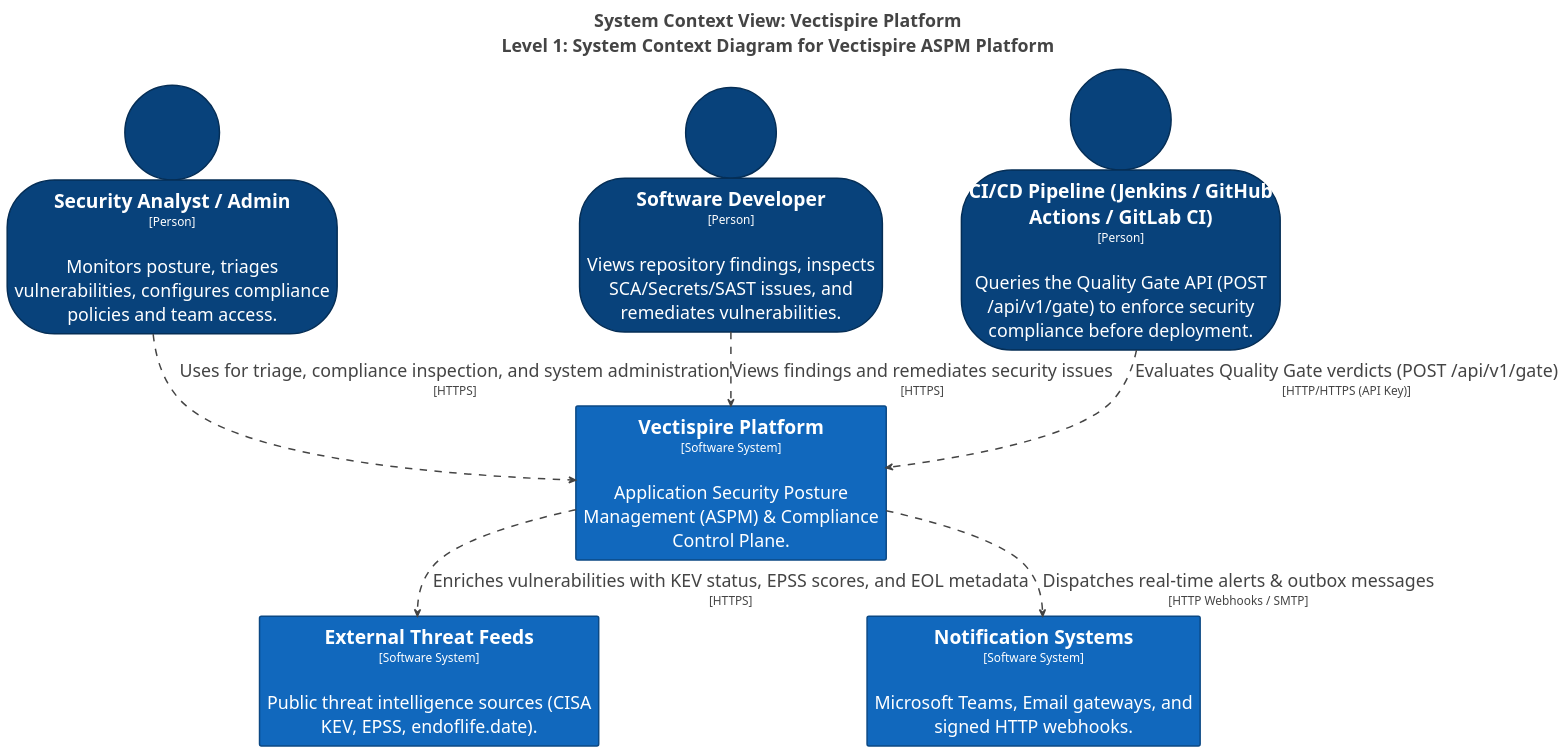
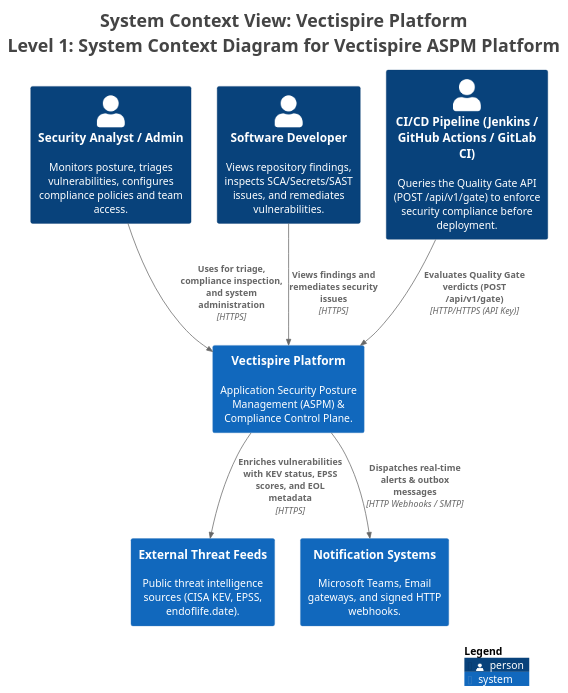
One commit to asmolabs/vectispire changed the diagram in docs/architecture/c4/diagrams/structurizr-SystemContext.puml. Above: the diagram before and after it, drawn with PlantUML. The commit also changed 11 other files, not shown here.

```diff
--- a/docs/architecture/c4/diagrams/structurizr-SystemContext.puml
+++ b/docs/architecture/c4/diagrams/structurizr-SystemContext.puml
@@ -1,63 +1,32 @@
 @startuml
 title <size:24>System Context View: Vectispire Platform</size>\n<size:24>Level 1: System Context Diagram for Vectispire ASPM Platform</size>
 
 set separator none
 top to bottom direction
-skinparam ranksep 20
-skinparam nodesep 5
-hide stereotype
 
 <style>
   root {
-    BackgroundColor: #ffffff;
-    FontColor: #444444;
-  }
-  // Element,Person
-  .Element-RWxlbWVudCxQZXJzb24= {
-    BackgroundColor: #08427b;
-    LineColor: #052e56;
-    LineStyle: 0;
-    LineThickness: 2;
-    FontColor: #ffffff;
-    FontSize: 24;
-    HorizontalAlignment: center;
-    Shadowing: 0;
-    MaximumWidth: 450;
-  }
-  // Element,Software System
-  .Element-RWxlbWVudCxTb2Z0d2FyZSBTeXN0ZW0= {
-    BackgroundColor: #1168bd;
-    LineColor: #0b4884;
-    LineStyle: 0;
-    LineThickness: 2;
-    FontColor: #ffffff;
-    FontSize: 24;
-    HorizontalAlignment: center;
-    Shadowing: 0;
-    MaximumWidth: 450;
-  }
-  // Relationship
-  .Relationship-UmVsYXRpb25zaGlw {
-    LineThickness: 2;
-    LineStyle: 10-10;
-    LineColor: #444444;
-    FontColor: #444444;
-    FontSize: 24;
-    MaximumWidth: 200;
+    BackgroundColor: #ffffff
+    FontColor: #444444
   }
 </style>
 
-person "==Security Analyst / Admin\n<size:16>[Person]</size>\n\nMonitors posture, triages vulnerabilities, configures compliance policies and team access." <<Element-RWxlbWVudCxQZXJzb24=>> as SecurityAnalystAdmin
-rectangle "==External Threat Feeds\n<size:16>[Software System]</size>\n\nPublic threat intelligence sources (CISA KEV, EPSS, endoflife.date)." <<Element-RWxlbWVudCxTb2Z0d2FyZSBTeXN0ZW0=>> as ExternalThreatFeeds
-rectangle "==Notification Systems\n<size:16>[Software System]</size>\n\nMicrosoft Teams, Email gateways, and signed HTTP webhooks." <<Element-RWxlbWVudCxTb2Z0d2FyZSBTeXN0ZW0=>> as NotificationSystems
-person "==Software Developer\n<size:16>[Person]</size>\n\nViews repository findings, inspects SCA/Secrets/SAST issues, and remediates vulnerabilities." <<Element-RWxlbWVudCxQZXJzb24=>> as SoftwareDeveloper
-person "==CI/CD Pipeline (Jenkins / GitHub Actions / GitLab CI)\n<size:16>[Person]</size>\n\nQueries the Quality Gate API (POST /api/v1/gate) to enforce security compliance before deployment." <<Element-RWxlbWVudCxQZXJzb24=>> as CICDPipelineJenkinsGitHubActionsGitLabCI
-rectangle "==Vectispire Platform\n<size:16>[Software System]</size>\n\nApplication Security Posture Management (ASPM) & Compliance Control Plane." <<Element-RWxlbWVudCxTb2Z0d2FyZSBTeXN0ZW0=>> as VectispirePlatform
+!include <C4/C4>
+!include <C4/C4_Context>
 
-SecurityAnalystAdmin --> VectispirePlatform <<Relationship-UmVsYXRpb25zaGlw>> : "Uses for triage, compliance inspection, and system administration\n<size:16>[HTTPS]</size>"
-SoftwareDeveloper --> VectispirePlatform <<Relationship-UmVsYXRpb25zaGlw>> : "Views findings and remediates security issues\n<size:16>[HTTPS]</size>"
-CICDPipelineJenkinsGitHubActionsGitLabCI --> VectispirePlatform <<Relationship-UmVsYXRpb25zaGlw>> : "Evaluates Quality Gate verdicts (POST /api/v1/gate)\n<size:16>[HTTP/HTTPS (API Key)]</size>"
-VectispirePlatform --> ExternalThreatFeeds <<Relationship-UmVsYXRpb25zaGlw>> : "Enriches vulnerabilities with KEV status, EPSS scores, and EOL metadata\n<size:16>[HTTPS]</size>"
-VectispirePlatform --> NotificationSystems <<Relationship-UmVsYXRpb25zaGlw>> : "Dispatches real-time alerts & outbox messages\n<size:16>[HTTP Webhooks / SMTP]</size>"
+Person(SecurityAnalystAdmin, "Security Analyst / Admin", $descr="Monitors posture, triages vulnerabilities, configures compliance policies and team access.", $tags="", $link="")
+System(ExternalThreatFeeds, "External Threat Feeds", $descr="Public threat intelligence sources (CISA KEV, EPSS, endoflife.date).", $tags="", $link="")
+System(NotificationSystems, "Notification Systems", $descr="Microsoft Teams, Email gateways, and signed HTTP webhooks.", $tags="", $link="")
+Person(SoftwareDeveloper, "Software Developer", $descr="Views repository findings, inspects SCA/Secrets/SAST issues, and remediates vulnerabilities.", $tags="", $link="")
+Person(CICDPipelineJenkinsGitHubActionsGitLabCI, "CI/CD Pipeline (Jenkins / GitHub Actions / GitLab CI)", $descr="Queries the Quality Gate API (POST /api/v1/gate) to enforce security compliance before deployment.", $tags="", $link="")
+System(VectispirePlatform, "Vectispire Platform", $descr="Application Security Posture Management (ASPM) & Compliance Control Plane.", $tags="", $link="")
 
+Rel(SecurityAnalystAdmin, VectispirePlatform, "Uses for triage, compliance inspection, and system administration", $techn="HTTPS", $tags="", $link="")
+Rel(SoftwareDeveloper, VectispirePlatform, "Views findings and remediates security issues", $techn="HTTPS", $tags="", $link="")
+Rel(CICDPipelineJenkinsGitHubActionsGitLabCI, VectispirePlatform, "Evaluates Quality Gate verdicts (POST /api/v1/gate)", $techn="HTTP/HTTPS (API Key)", $tags="", $link="")
+Rel(VectispirePlatform, ExternalThreatFeeds, "Enriches vulnerabilities with KEV status, EPSS scores, and EOL metadata", $techn="HTTPS", $tags="", $link="")
+Rel(VectispirePlatform, NotificationSystems, "Dispatches real-time alerts & outbox messages", $techn="HTTP Webhooks / SMTP", $tags="", $link="")
+
+SHOW_LEGEND(true)
+hide stereotypes
 @enduml
```
